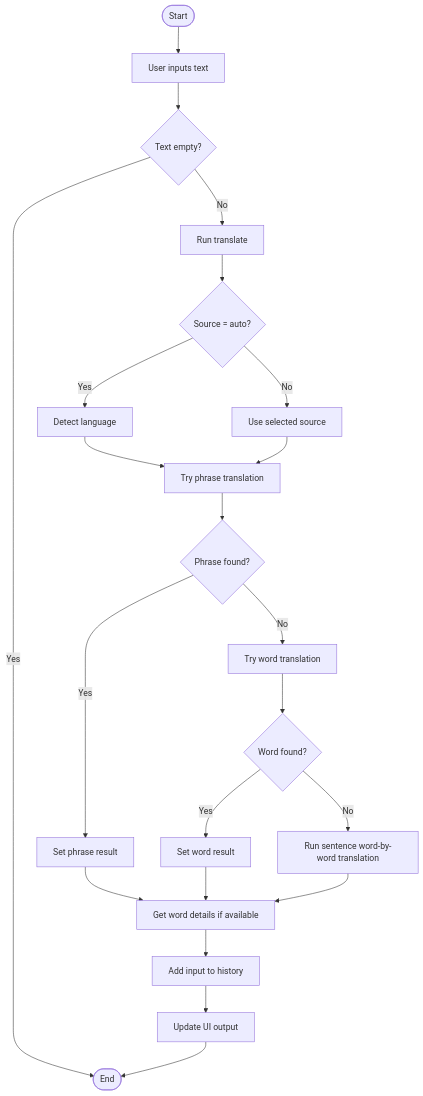
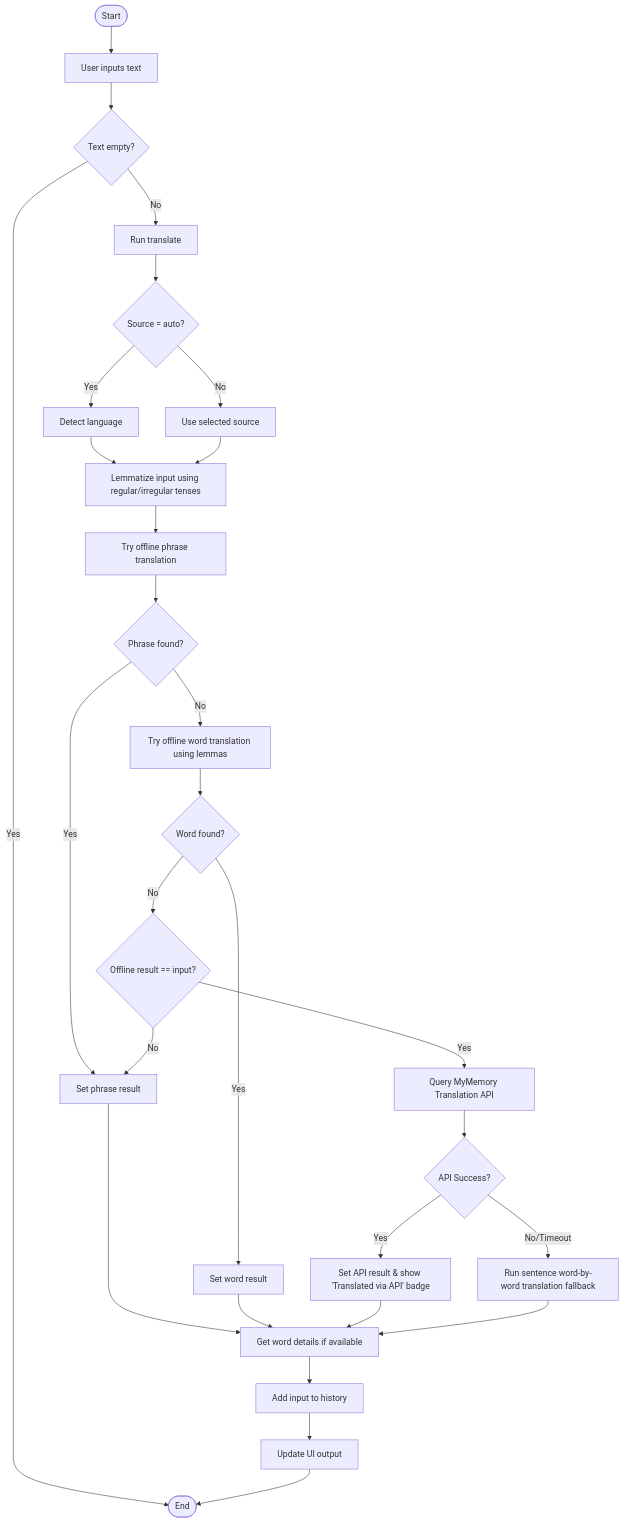
Before and after one commit to 4xrhd/keya_swe_project: the first of 3 diagrams in documentation/3.Activity_Diagrams.md, drawn with Mermaid. The commit also changed 8 other files, not shown here.

Commit message:
feat: implement hybrid translation engine with online API fallback and update project documentation

````diff
--- a/documentation/3.Activity_Diagrams.md
+++ b/documentation/3.Activity_Diagrams.md
@@ -4,24 +4,35 @@
 ```mermaid
 flowchart TD
     A([Start]) --> B[User inputs text]
     B --> C{Text empty?}
     C -- Yes --> Z([End])
     C -- No --> D[Run translate]
     D --> E{Source = auto?}
     E -- Yes --> F[Detect language]
     E -- No --> G[Use selected source]
-    F --> H[Try phrase translation]
+    F --> H[Lemmatize input using regular/irregular tenses]
     G --> H
-    H --> I{Phrase found?}
-    I -- Yes --> J[Set phrase result]
-    I -- No --> K[Try word translation]
-    K --> L{Word found?}
-    L -- Yes --> M[Set word result]
-    L -- No --> N[Run sentence word-by-word translation]
-    J --> O[Get word details if available]
-    M --> O
-    N --> O
-    O --> P[Add input to history]
-    P --> Q[Update UI output]
-    Q --> Z
+    H --> I[Try offline phrase translation]
+    I --> J{Phrase found?}
+    J -- Yes --> K[Set phrase result]
+    J -- No --> L[Try offline word translation using lemmas]
+    L --> M{Word found?}
+    M -- Yes --> N[Set word result]
+    M -- No --> O{Offline result == input?}
+    
+    O -- Yes --> P[Query MyMemory Translation API]
+    P --> Q{API Success?}
+    Q -- Yes --> R[Set API result & show 'Translated via API' badge]
+    Q -- No/Timeout --> S[Run sentence word-by-word translation fallback]
+    
+    O -- No --> K
+    
+    K --> T[Get word details if available]
+    N --> T
+    R --> T
+    S --> T
+    
+    T --> U[Add input to history]
+    U --> V[Update UI output]
+    V --> Z
 ```
````
